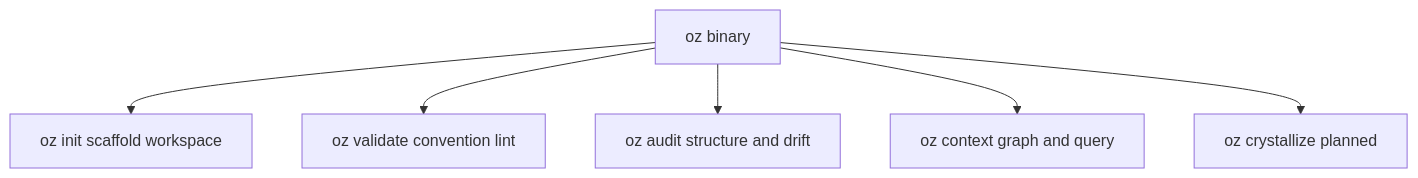
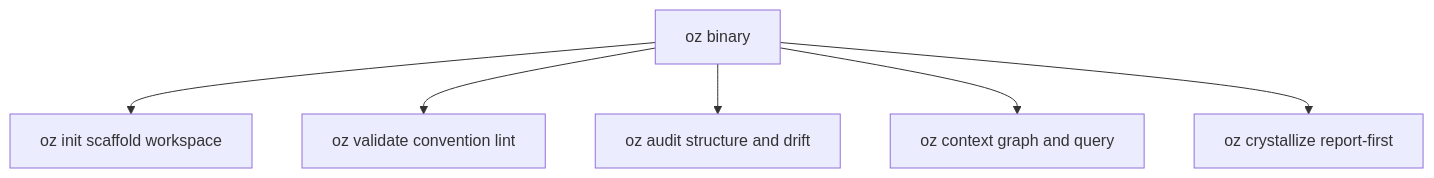
One commit to joaoajmatos/oz changed the third of 3 diagrams in specs/oz-project-specification.md. Above: the diagram before and after it, drawn with Mermaid. The commit also changed other lines of this file and 4 other files, not shown here.

First line of the commit message:
Refactor crystallize command to adopt report-first approach

````diff
--- a/specs/oz-project-specification.md
+++ b/specs/oz-project-specification.md
@@ -187,9 +187,9 @@
 ```mermaid
 flowchart TB
   binary["oz binary"]
   binary --> initCmd["oz init scaffold workspace"]
   binary --> validateCmd["oz validate convention lint"]
   binary --> auditCmd["oz audit structure and drift"]
   binary --> contextCmd["oz context graph and query"]
-  binary --> crystallizeCmd["oz crystallize planned"]
+  binary --> crystallizeCmd["oz crystallize report-first"]
 ```
````
